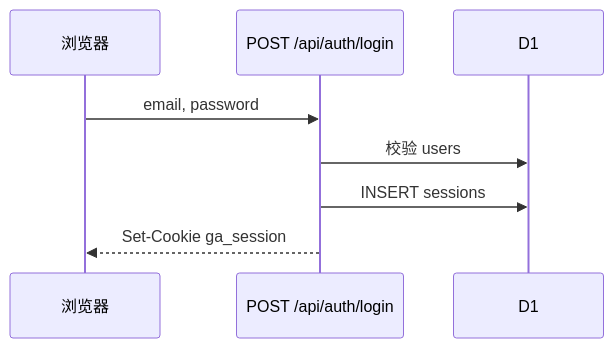
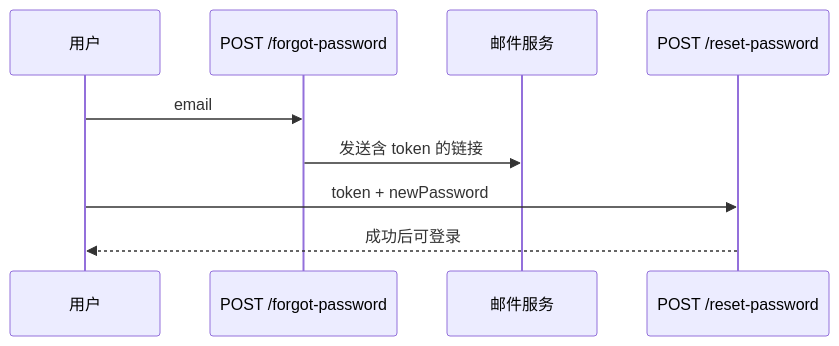
One commit to saltduck/gardenassist changed the second of 2 diagrams in docs/requirements/auth-flow.md. Above: the diagram before and after it, drawn with Mermaid. The commit also changed other lines of this file and 74 other files, not shown here.

````diff
--- a/docs/requirements/auth-flow.md
+++ b/docs/requirements/auth-flow.md
@@ -35,11 +55,12 @@
 ```mermaid
 sequenceDiagram
-  participant U as 浏览器
-  participant A as POST /api/auth/login
-  participant D as D1
+  participant U as 用户
+  participant F as POST /forgot-password
+  participant M as 邮件服务
+  participant R as POST /reset-password
 
-  U->>A: email, password
-  A->>D: 校验 users
-  A->>D: INSERT sessions
-  A-->>U: Set-Cookie ga_session
+  U->>F: email
+  F->>M: 发送含 token 的链接
+  U->>R: token + newPassword
+  R-->>U: 成功后可登录
 ```
````
